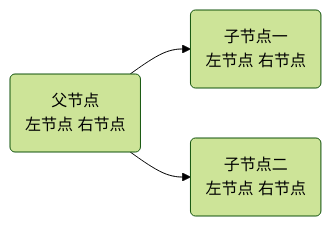
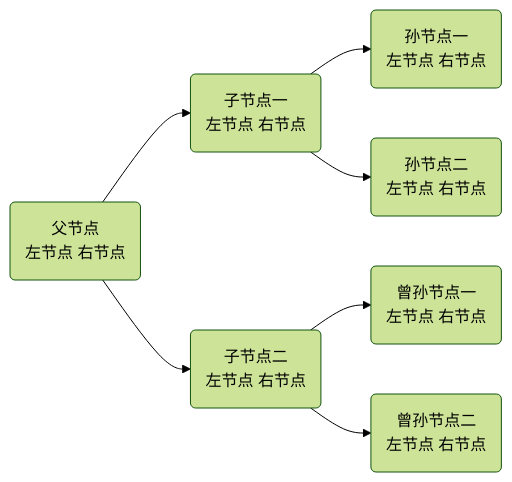
One commit to vrkim42/stackedit-app-data changed the diagram in C语言数据结构/C语言二叉树.md. Above: the diagram before and after it, drawn with Mermaid (forest theme). The commit also changed other lines of this file, not shown here.

Commit message:
C语言数据结构/C语言二叉树.md updated from https://stackedit.cn/

````diff
--- a/C语言数据结构/C语言二叉树.md
+++ b/C语言数据结构/C语言二叉树.md
@@ -15,5 +15,10 @@
 ```mermaid
 graph LR
 A(父节点<br>左节点 右节点) --> B(子节点一<br>左节点 右节点)
 A --> C(子节点二<br>左节点 右节点)
+B --> D(孙节点一<br>左节点 右节点)
+B --> E(孙节点二<br>左节点 右节点)
+C --> F(曾孙节点一<br>左节点 右节点)
+C --> G(曾孙节点二<br>左节点 右节点)
+
 ```
````
